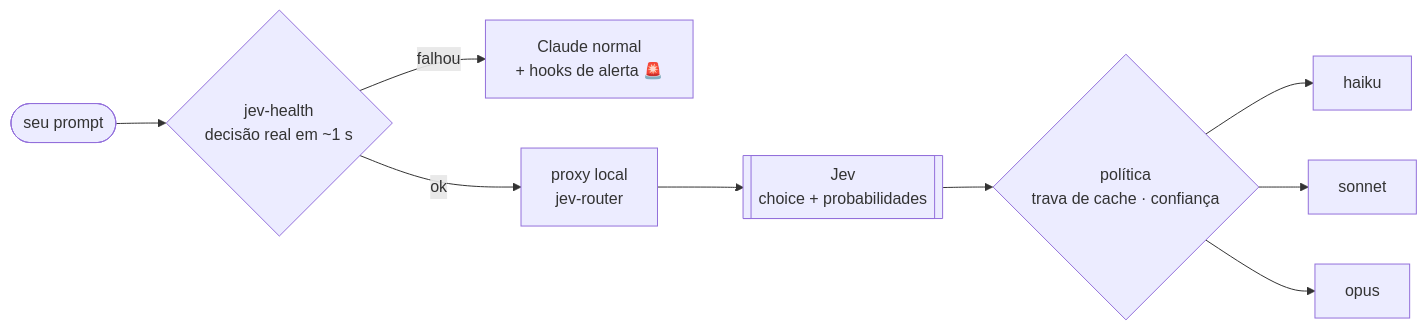
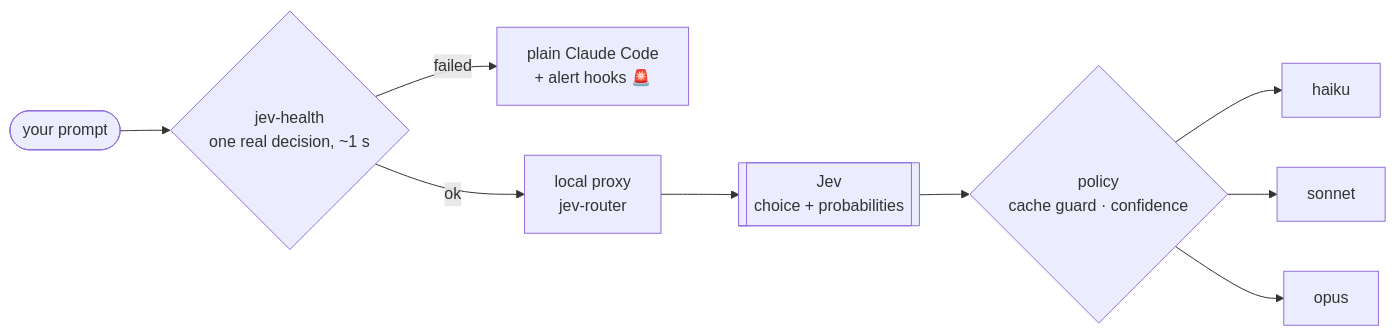
The diagram in README.md (Pasblinn/jev-lab), drawn with Mermaid before and after one commit. The commit also changed other lines of this file and 14 other files, not shown here.

Commit message:
docs: rewrite in English and reframe around Jev as a decision layer

````diff
--- a/README.md
+++ b/README.md
@@ -34,11 +48,11 @@
 ```mermaid
 flowchart LR
-    U([seu prompt]) --> H{jev-health<br/>decisão real em ~1 s}
-    H -- falhou --> F[Claude normal<br/>+ hooks de alerta 🚨]
-    H -- ok --> P[proxy local<br/>jev-router]
-    P --> J[[Jev<br/>choice + probabilidades]]
-    J --> G{política<br/>trava de cache · confiança}
+    U([your prompt]) --> H{jev-health<br/>one real decision, ~1 s}
+    H -- failed --> F[plain Claude Code<br/>+ alert hooks 🚨]
+    H -- ok --> P[local proxy<br/>jev-router]
+    P --> J[[Jev<br/>choice + probabilities]]
+    J --> G{policy<br/>cache guard · confidence}
     G --> M1[haiku]
     G --> M2[sonnet]
     G --> M3[opus]
 ```
````
